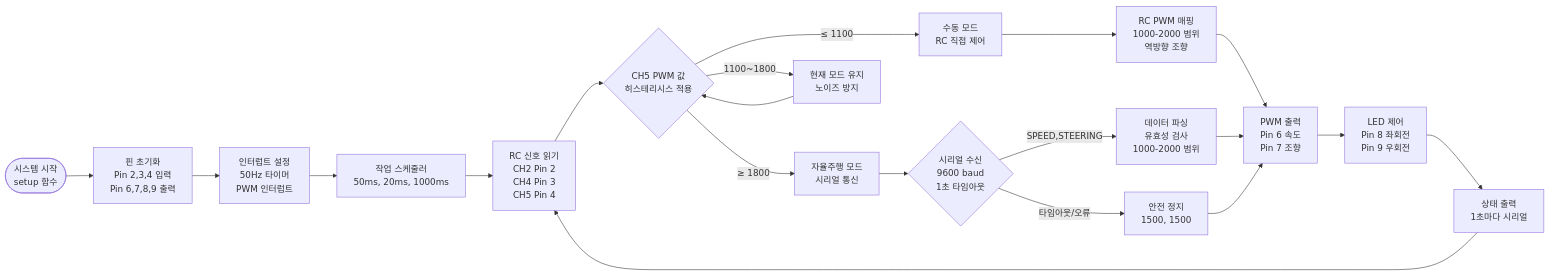
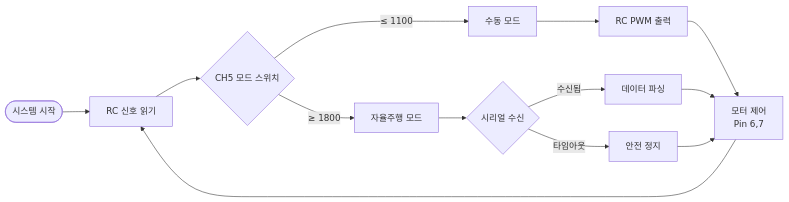
One commit to happycat0502/mission_3 changed the first of 2 diagrams in README.md. Above: the diagram before and after it, drawn with Mermaid. The commit also changed other lines of this file, not shown here.

````diff
--- a/README.md
+++ b/README.md
@@ -225,27 +225,19 @@
 ```mermaid
 flowchart LR
-    Start([시스템 시작<br/>setup 함수]) --> InitPins[핀 초기화<br/>Pin 2,3,4 입력<br/>Pin 6,7,8,9 출력]
-    InitPins --> SetupISR[인터럽트 설정<br/>50Hz 타이머<br/>PWM 인터럽트]
-    SetupISR --> TaskInit[작업 스케줄러<br/>50ms, 20ms, 1000ms]
+    Start([시스템 시작]) --> ReadRC[RC 신호 읽기]
+    ReadRC --> CheckMode{CH5 모드 스위치}
     
-    TaskInit --> ReadRC[RC 신호 읽기<br/>CH2 Pin 2<br/>CH4 Pin 3<br/>CH5 Pin 4]
-    ReadRC --> CheckMode{CH5 PWM 값<br/>히스테리시스 적용}
+    CheckMode -->|≤ 1100| Manual[수동 모드]
+    CheckMode -->|≥ 1800| Auto[자율주행 모드]
     
-    CheckMode -->|≤ 1100| Manual[수동 모드<br/>RC 직접 제어]
-    CheckMode -->|≥ 1800| Auto[자율주행 모드<br/>시리얼 통신]
-    CheckMode -->|1100~1800| Keep[현재 모드 유지<br/>노이즈 방지]
+    Manual --> RCOut[RC PWM 출력]
+    Auto --> SerialRead{시리얼 수신}
     
-    Manual --> MapRC[RC PWM 매핑<br/>1000-2000 범위<br/>역방향 조향]
-    Auto --> SerialCheck{시리얼 수신<br/>9600 baud<br/>1초 타임아웃}
-    Keep --> CheckMode
+    SerialRead -->|수신됨| Parse[데이터 파싱]
+    SerialRead -->|타임아웃| Stop[안전 정지]
     
-    MapRC --> PWMOut[PWM 출력<br/>Pin 6 속도<br/>Pin 7 조향]
-    SerialCheck -->|"SPEED,STEERING"| Parse[데이터 파싱<br/>유효성 검사<br/>1000-2000 범위]
-    SerialCheck -->|타임아웃/오류| SafeStop[안전 정지<br/>1500, 1500]
-    
-    Parse --> PWMOut
-    SafeStop --> PWMOut
-    PWMOut --> LEDControl[LED 제어<br/>Pin 8 좌회전<br/>Pin 9 우회전]
-    LEDControl --> Status[상태 출력<br/>1초마다 시리얼]
-    Status --> ReadRC
+    RCOut --> MotorOut[모터 제어<br/>Pin 6,7]
+    Parse --> MotorOut
+    Stop --> MotorOut
+    MotorOut --> ReadRC
 ```
````
